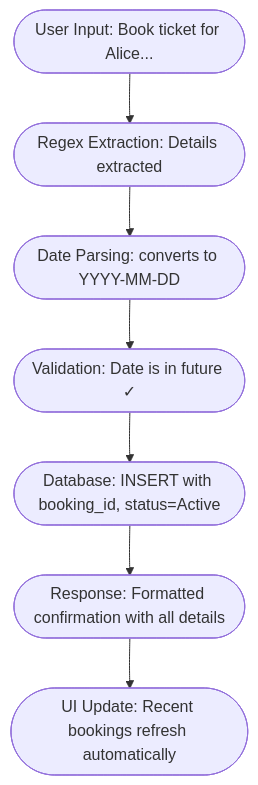
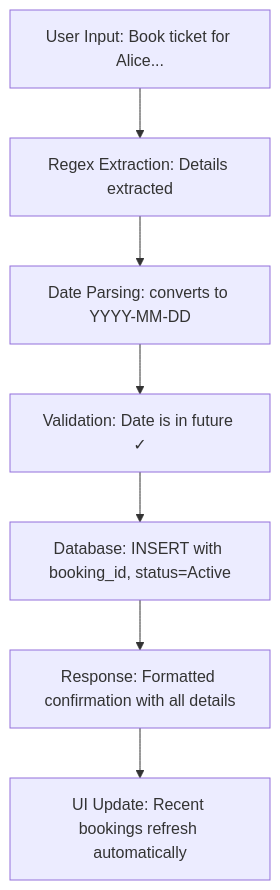
Before and after one commit to chaitanyasaiyerra/Musuem-chatbot: diagram 13 of 15 in STEP_BY_STEP_GUIDE.md, drawn with Mermaid. The commit also changed other lines of this file and 1 other file, not shown here.

Commit message:
docs: wrap mermaid nodes in standard boxes with quotes to prevent text wrapping

````diff
--- a/STEP_BY_STEP_GUIDE.md
+++ b/STEP_BY_STEP_GUIDE.md
@@ -282,9 +282,9 @@
 ```mermaid
 graph TD
-    A([User Input: Book ticket for Alice...]) --> B([Regex Extraction: Details extracted])
-    B --> C([Date Parsing: converts to YYYY-MM-DD])
-    C --> D([Validation: Date is in future ✓])
-    D --> E([Database: INSERT with booking_id, status=Active])
-    E --> F([Response: Formatted confirmation with all details])
-    F --> G([UI Update: Recent bookings refresh automatically])
+    A["User Input: Book ticket for Alice..."] --> B["Regex Extraction: Details extracted"]
+    B --> C["Date Parsing: converts to YYYY-MM-DD"]
+    C --> D["Validation: Date is in future ✓"]
+    D --> E["Database: INSERT with booking_id, status=Active"]
+    E --> F["Response: Formatted confirmation with all details"]
+    F --> G["UI Update: Recent bookings refresh automatically"]
 ```
````
